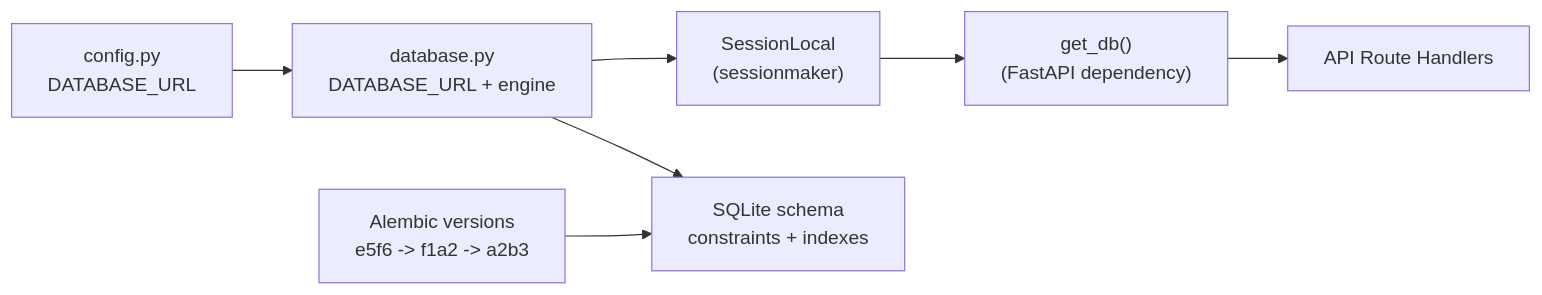
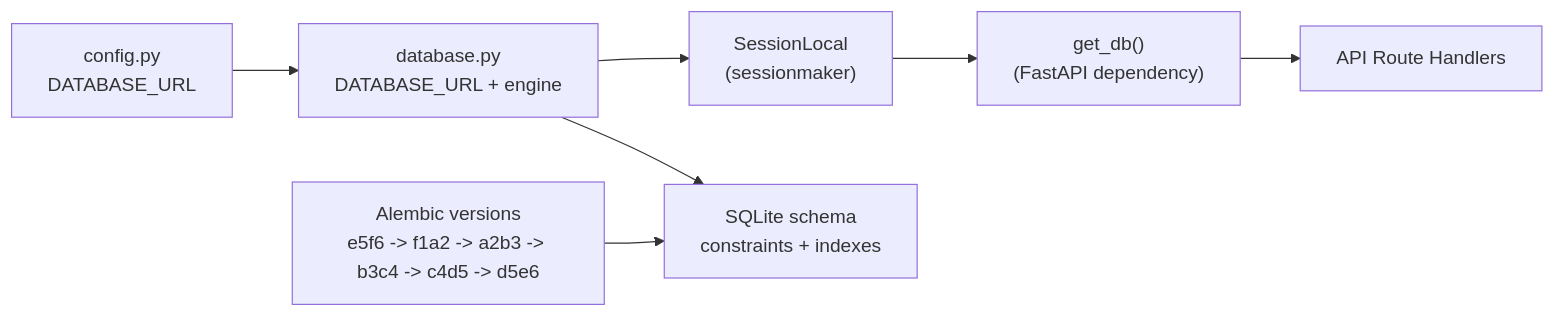
Before and after one commit to lorecanc/dispensapp: the diagram in wiki/modules/backend-database.md, drawn with Mermaid. The commit also changed other lines of this file and 56 other files, not shown here.

````diff
--- a/wiki/modules/backend-database.md
+++ b/wiki/modules/backend-database.md
@@ -92,9 +113,9 @@
 ```mermaid
 graph LR
     Config["config.py<br/>DATABASE_URL"] --> DbMod["database.py<br/>DATABASE_URL + engine"]
     DbMod --> Session["SessionLocal<br/>(sessionmaker)"]
     Session --> get_db["get_db()<br/>(FastAPI dependency)"]
     get_db --> Routes["API Route Handlers"]
-    Mig["Alembic versions<br/>e5f6 -> f1a2 -> a2b3"] --> Schema["SQLite schema<br/>constraints + indexes"]
+    Mig["Alembic versions<br/>e5f6 -> f1a2 -> a2b3 -> b3c4 -> c4d5 -> d5e6"] --> Schema["SQLite schema<br/>constraints + indexes"]
     DbMod --> Schema
 ```
````
